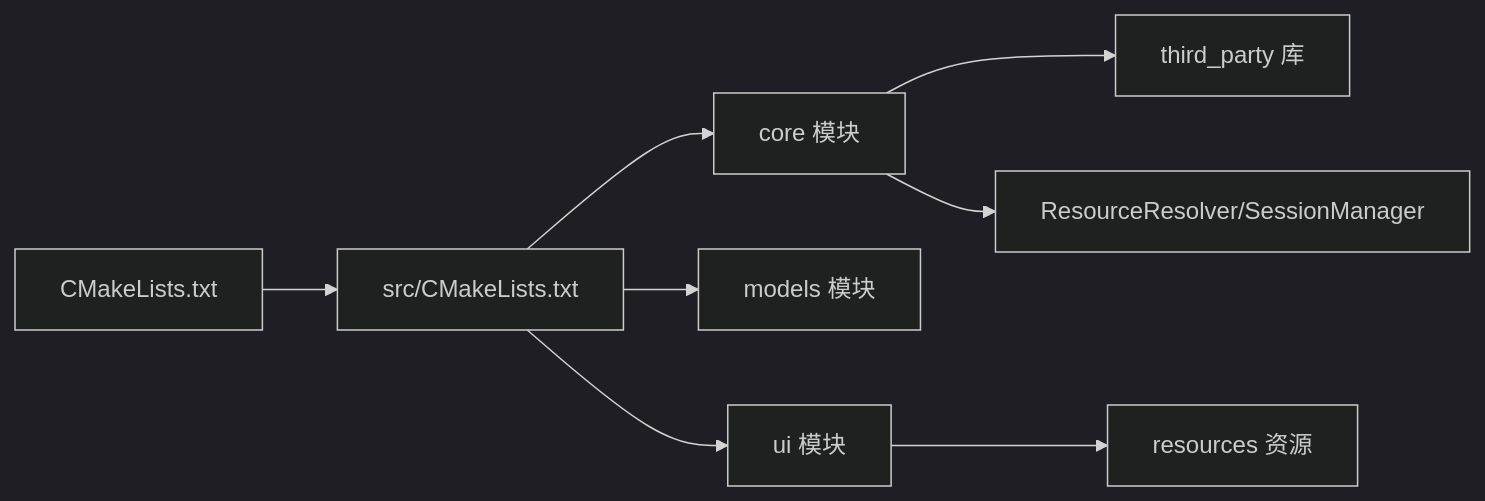
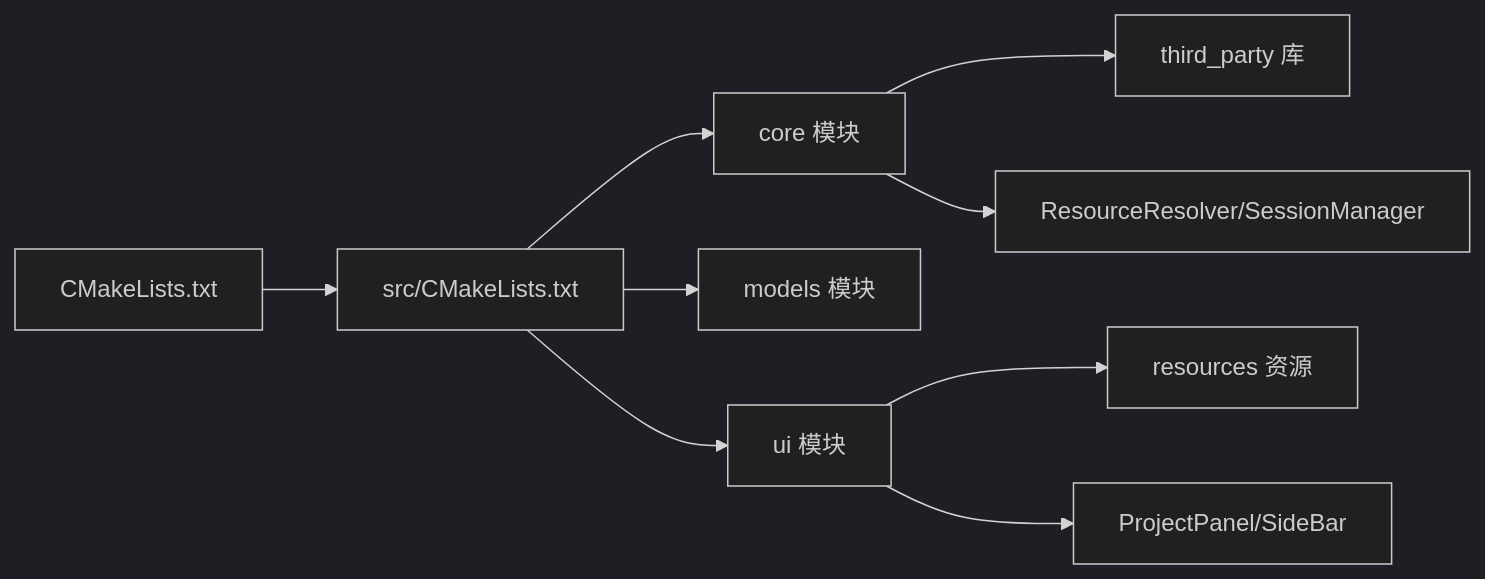
Diagram 15 of 15 in .qoder/repowiki/zh/content/核心模块详解/项目管理系统.md (jakecai1225-design/OpenBus), drawn with Mermaid (dark theme) before and after one commit. The commit also changed other lines of this file and 9 other files, not shown here.

````diff
--- a/.qoder/repowiki/zh/content/核心模块详解/项目管理系统.md
+++ b/.qoder/repowiki/zh/content/核心模块详解/项目管理系统.md
@@ -471,10 +601,11 @@
 ```mermaid
 graph LR
 CMake["CMakeLists.txt"] --> SrcCMake["src/CMakeLists.txt"]
 SrcCMake --> Core["core 模块"]
 SrcCMake --> Models["models 模块"]
 SrcCMake --> UI["ui 模块"]
 Core --> ThirdParty["third_party 库"]
 UI --> Resources["resources 资源"]
 Core --> CoreDeps["ResourceResolver/SessionManager"]
+UI --> UIPanel["ProjectPanel/SideBar"]
 ```
````
